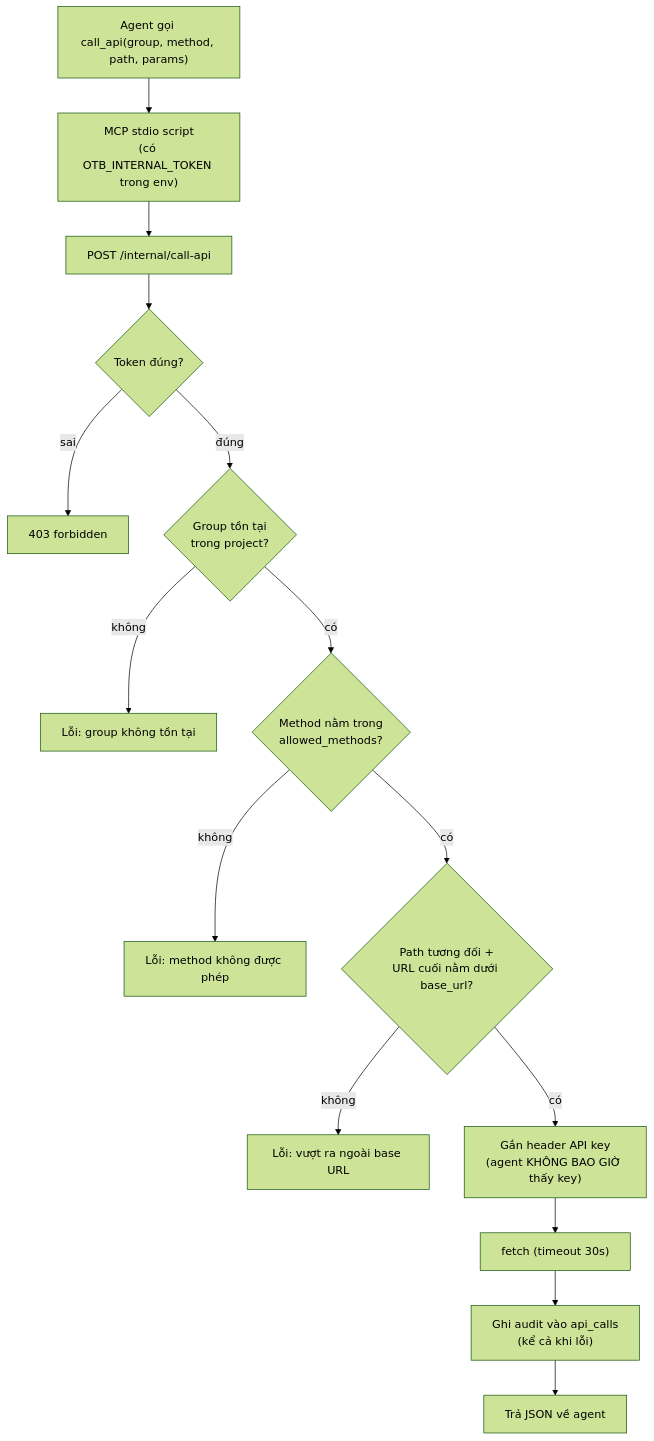
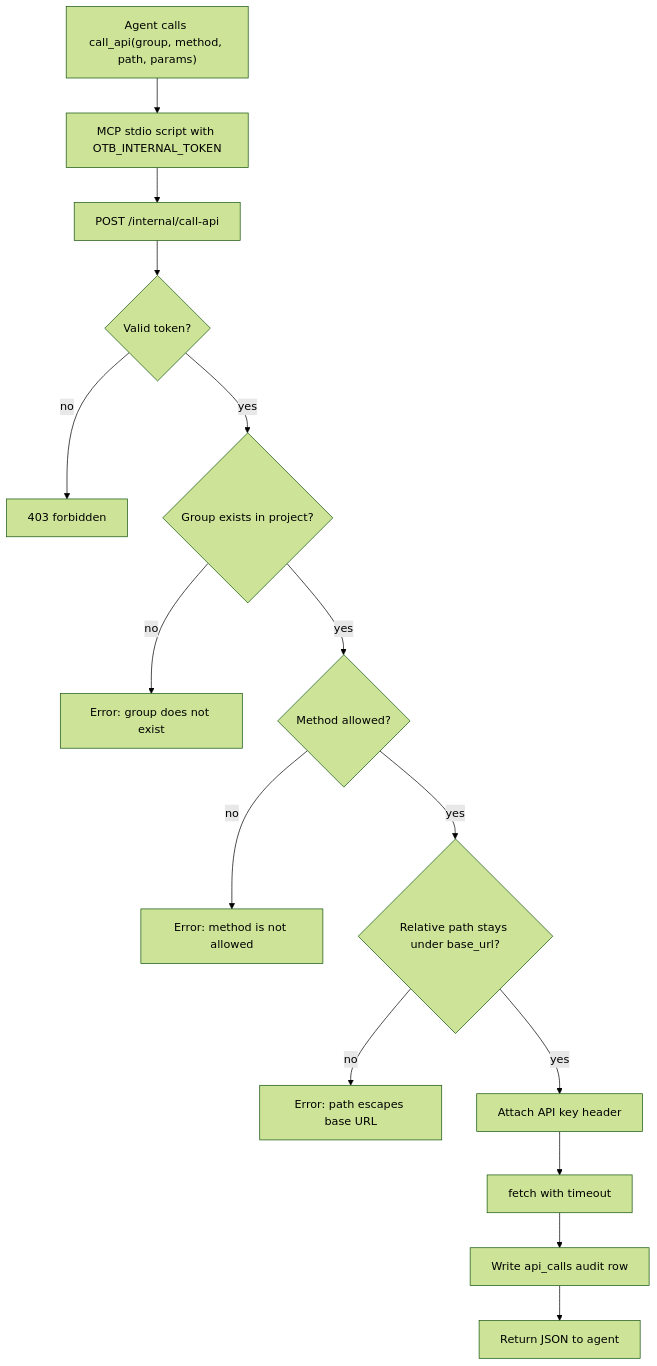
Before and after one commit to sowndev0106/open-trace-bridge: the fourth of 4 diagrams in docs/DIAGRAMS.md, drawn with Mermaid (forest theme). The commit also changed other lines of this file and 33 other files, not shown here.

````diff
--- a/docs/DIAGRAMS.md
+++ b/docs/DIAGRAMS.md
@@ -106,17 +101,17 @@
 ```mermaid
 flowchart TD
-    A["Agent gọi call_api(group, method, path, params)"] --> B["MCP stdio script<br/>(có OTB_INTERNAL_TOKEN trong env)"]
+    A["Agent calls call_api(group, method, path, params)"] --> B["MCP stdio script with OTB_INTERNAL_TOKEN"]
     B --> C["POST /internal/call-api"]
-    C --> D{"Token đúng?"}
-    D -- sai --> X1["403 forbidden"]
-    D -- đúng --> E{"Group tồn tại<br/>trong project?"}
-    E -- không --> X2["Lỗi: group không tồn tại"]
-    E -- có --> F{"Method nằm trong<br/>allowed_methods?"}
-    F -- không --> X3["Lỗi: method không được phép"]
-    F -- có --> G{"Path tương đối +<br/>URL cuối nằm dưới base_url?"}
-    G -- không --> X4["Lỗi: vượt ra ngoài base URL"]
-    G -- có --> H["Gắn header API key<br/>(agent KHÔNG BAO GIỜ thấy key)"]
-    H --> I["fetch (timeout 30s)"]
-    I --> J["Ghi audit vào api_calls<br/>(kể cả khi lỗi)"]
-    J --> K["Trả JSON về agent"]
+    C --> D{"Valid token?"}
+    D -- "no" --> X1["403 forbidden"]
+    D -- "yes" --> E{"Group exists in project?"}
+    E -- "no" --> X2["Error: group does not exist"]
+    E -- "yes" --> F{"Method allowed?"}
+    F -- "no" --> X3["Error: method is not allowed"]
+    F -- "yes" --> G{"Relative path stays under base_url?"}
+    G -- "no" --> X4["Error: path escapes base URL"]
+    G -- "yes" --> H["Attach API key header"]
+    H --> I["fetch with timeout"]
+    I --> J["Write api_calls audit row"]
+    J --> K["Return JSON to agent"]
 ```
````
